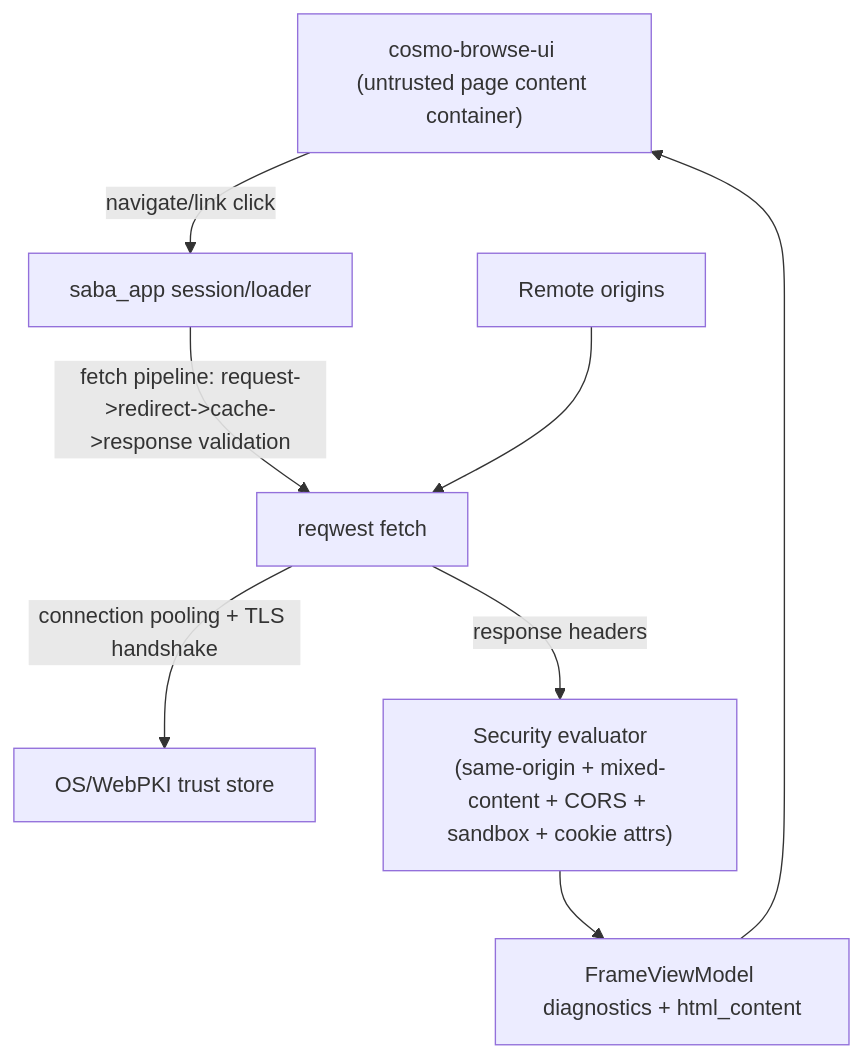
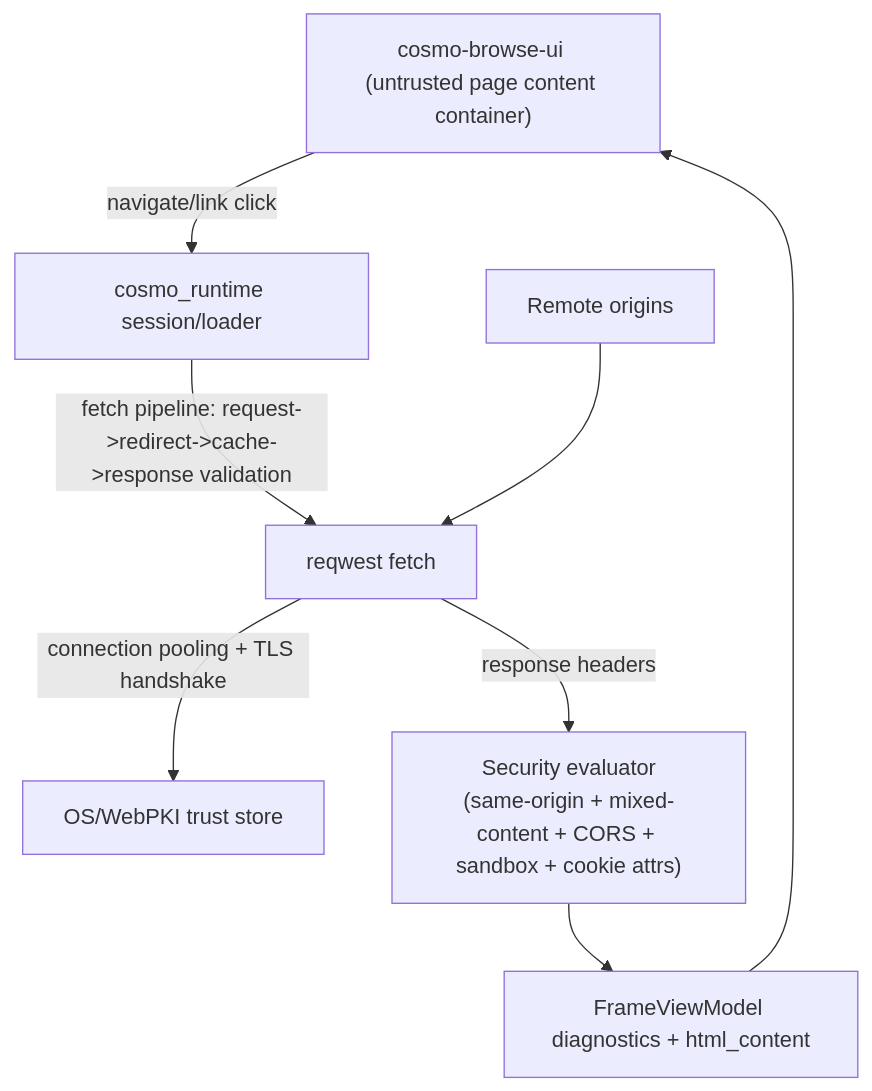
The diagram in docs/architecture/security-boundary.md (pkaiy81/CosmoBrowse), drawn with Mermaid before and after one commit. The commit also changed other lines of this file and 56 other files, not shown here.

Commit message:
Migrate runtime/core naming to cosmic crates and add saba_ lint

````diff
--- a/docs/architecture/security-boundary.md
+++ b/docs/architecture/security-boundary.md
@@ -7,11 +7,11 @@
 ```mermaid
 flowchart TD
-  UI["cosmo-browse-ui (untrusted page content container)"] -->|navigate/link click| APP["saba_app session/loader"]
+  UI["cosmo-browse-ui (untrusted page content container)"] -->|navigate/link click| APP["cosmo_runtime session/loader"]
   APP -->|fetch pipeline: request->redirect->cache->response validation| NET["reqwest fetch"]
   NET -->|connection pooling + TLS handshake| TLS["OS/WebPKI trust store"]
   NET -->|response headers| SEC["Security evaluator\n(same-origin + mixed-content + CORS + sandbox + cookie attrs)"]
   SEC --> VM["FrameViewModel diagnostics + html_content"]
   VM --> UI
 
   EXT["Remote origins"] --> NET
 ```
````
